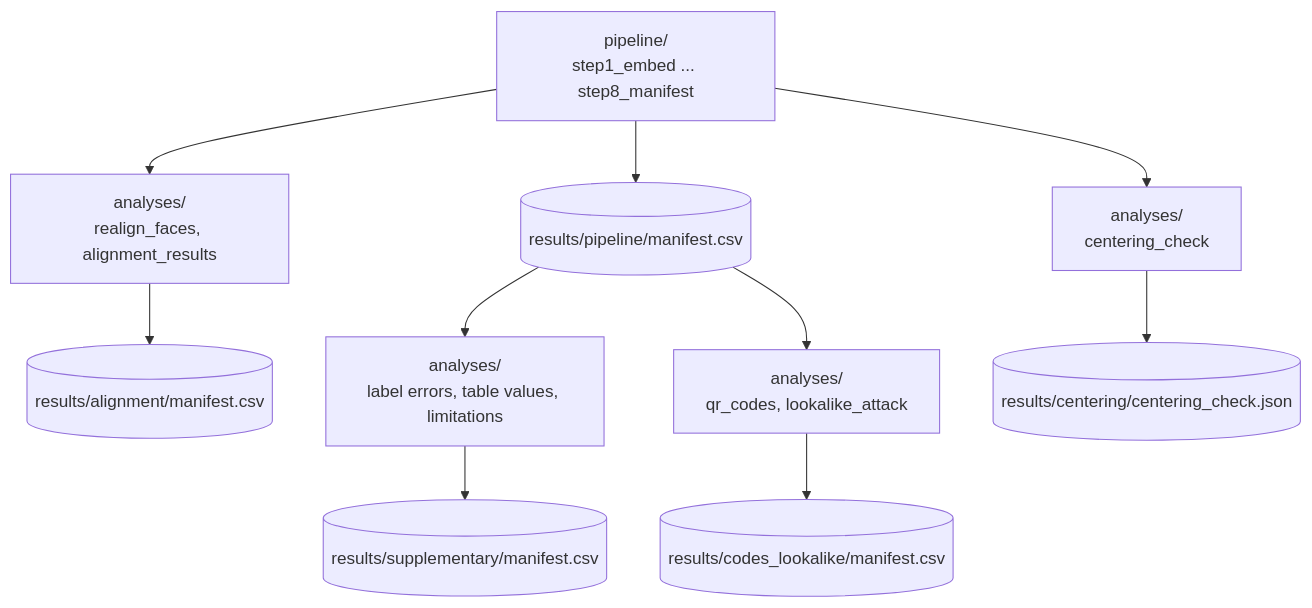
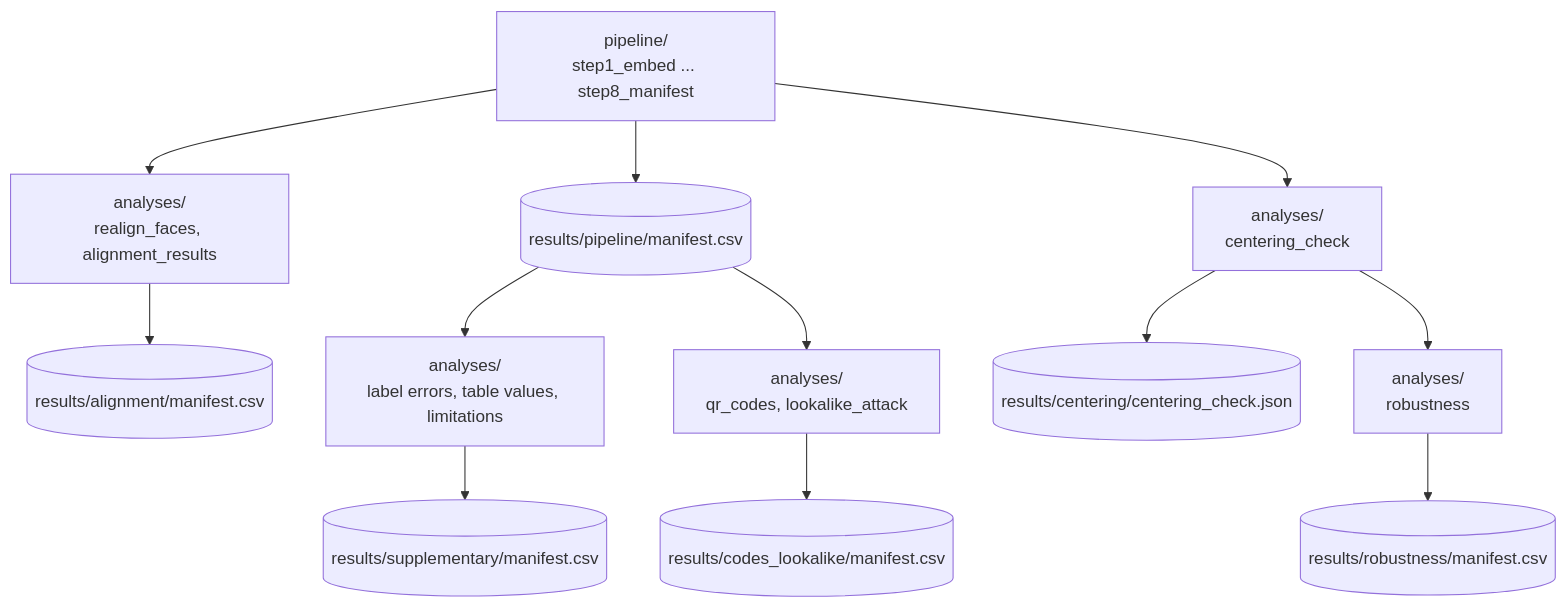
One commit to Alternateacc-1/shorter-not-longer changed the second of 2 diagrams in README.md. Above: the diagram before and after it, drawn with Mermaid. The commit also changed other lines of this file and 2 other files, not shown here.

Commit message:
add robustness analysis for the single-draw results

````diff
--- a/README.md
+++ b/README.md
@@ -26,8 +26,9 @@
 ```mermaid
 flowchart TD
     P[pipeline/<br/>step1_embed ... step8_manifest] --> M1[(results/pipeline/manifest.csv)]
     P --> A1[analyses/<br/>realign_faces, alignment_results] --> M2[(results/alignment/manifest.csv)]
     M1 --> A2[analyses/<br/>label errors, table values, limitations] --> M3[(results/supplementary/manifest.csv)]
     M1 --> A3[analyses/<br/>qr_codes, lookalike_attack] --> M4[(results/codes_lookalike/manifest.csv)]
     P --> A4[analyses/<br/>centering_check] --> M5[(results/centering/centering_check.json)]
+    A4 --> A5[analyses/<br/>robustness] --> M6[(results/robustness/manifest.csv)]
 ```
````
